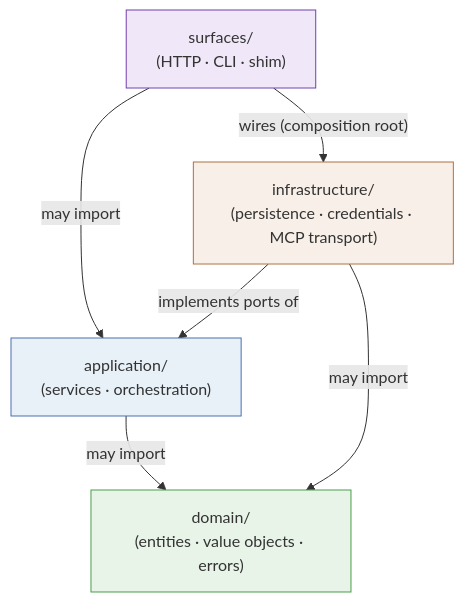
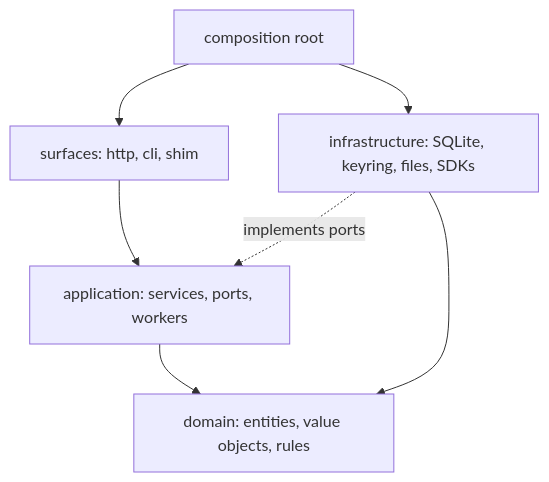
One commit to wyx-sg/Coffer changed the first of 2 diagrams in docs-site/architecture/layering.md. Above: the diagram before and after it, drawn with Mermaid. The commit also changed other lines of this file and 90 other files, not shown here.

````diff
--- a/docs-site/architecture/layering.md
+++ b/docs-site/architecture/layering.md
@@ -210,18 +21,14 @@
 ```mermaid
-graph TD
-    S["surfaces/\n(HTTP · CLI · shim)"]
-    A["application/\n(services · orchestration)"]
-    D["domain/\n(entities · value objects · errors)"]
-    I["infrastructure/\n(persistence · credentials · MCP transport)"]
-
-    S -->|"may import"| A
-    S -->|"wires (composition root)"| I
-    A -->|"may import"| D
-    I -->|"implements ports of"| A
-    I -->|"may import"| D
-
-    style D fill:#e8f4e8,stroke:#4a9e4a
-    style A fill:#e8f0f8,stroke:#4a70b0
-    style I fill:#f8f0e8,stroke:#b07040
-    style S fill:#f0e8f8,stroke:#7040b0
+flowchart TB
+  S["surfaces: http, cli, shim"]
+  A["application: services, ports, workers"]
+  D["domain: entities, value objects, rules"]
+  I["infrastructure: SQLite, keyring, files, SDKs"]
+  CR["composition root"]
+  S --> A
+  A --> D
+  I -.->|implements ports| A
+  I --> D
+  CR --> S
+  CR --> I
 ```
````
